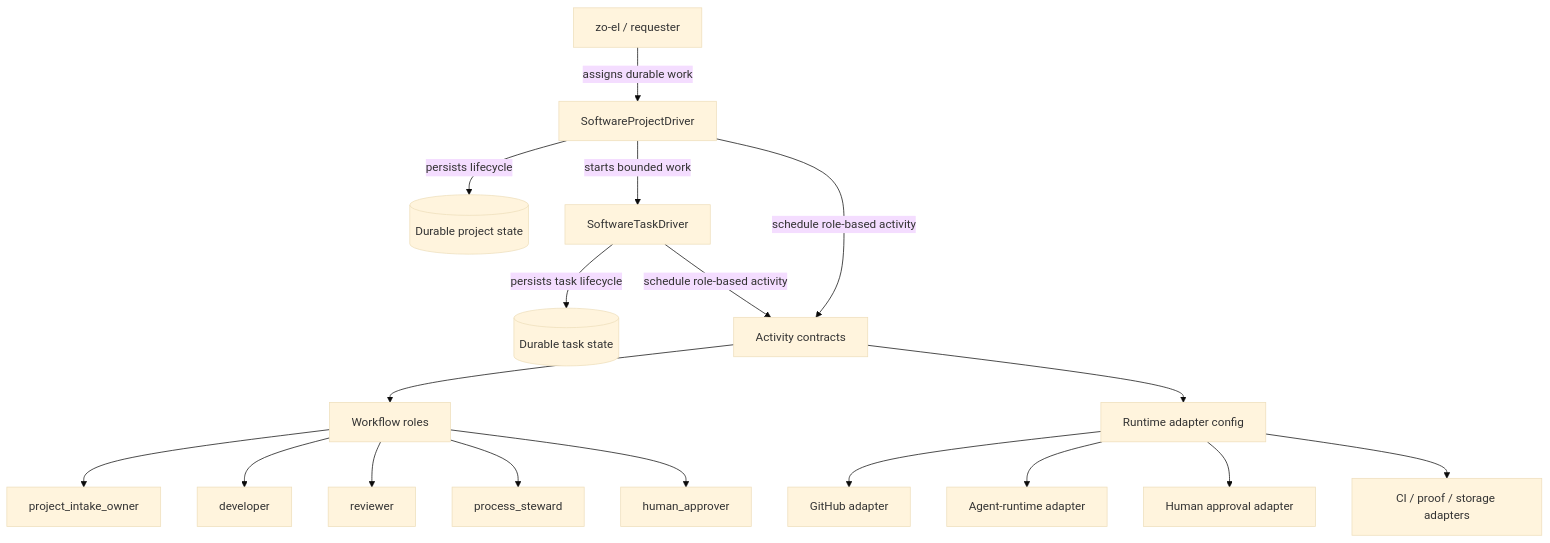
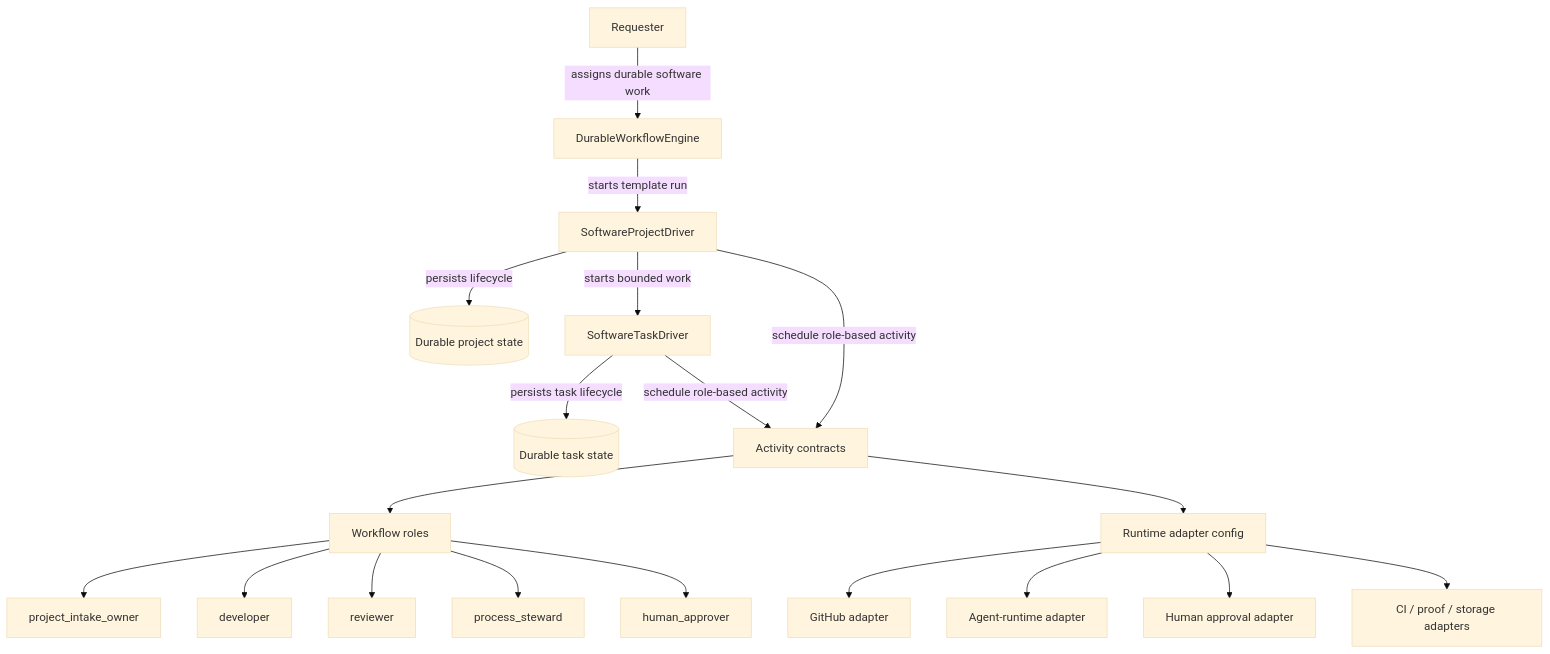
Before and after one commit to el-zachariah/el-zachariahs-drivers: the first of 2 diagrams in docs/architecture.md, drawn with Mermaid (base theme). The commit also changed other lines of this file and 6 other files, not shown here.

````diff
--- a/docs/architecture.md
+++ b/docs/architecture.md
@@ -9,24 +11,25 @@
 ```mermaid
 flowchart TD
-  User[zo-el / requester] -->|assigns durable work| ProjectDriver[SoftwareProjectDriver]
+  Requester[Requester] -->|assigns durable software work| Engine[DurableWorkflowEngine]
+  Engine -->|starts template run| ProjectDriver[SoftwareProjectDriver]
 
   ProjectDriver -->|persists lifecycle| ProjectState[(Durable project state)]
   ProjectDriver -->|starts bounded work| TaskDriver[SoftwareTaskDriver]
   TaskDriver -->|persists task lifecycle| TaskState[(Durable task state)]
 
   ProjectDriver -->|schedule role-based activity| Activities[Activity contracts]
   TaskDriver -->|schedule role-based activity| Activities
 
   Activities --> Roles[Workflow roles]
   Roles --> IntakeOwner[project_intake_owner]
   Roles --> Developer[developer]
   Roles --> Reviewer[reviewer]
   Roles --> Steward[process_steward]
   Roles --> Approver[human_approver]
 
   Activities --> AdapterConfig[Runtime adapter config]
   AdapterConfig --> GitHub[GitHub adapter]
   AdapterConfig --> AgentRuntime[Agent-runtime adapter]
   AdapterConfig --> HumanGateway[Human approval adapter]
   AdapterConfig --> ServiceAdapters[CI / proof / storage adapters]
 ```
````
